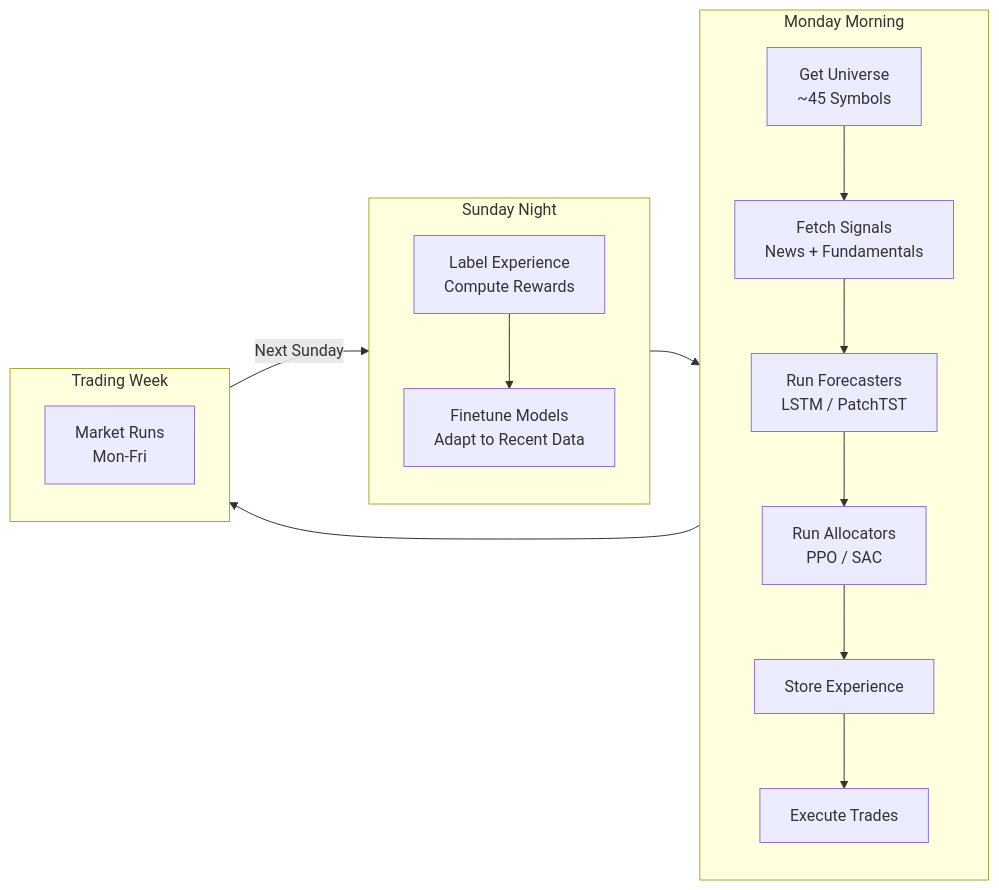
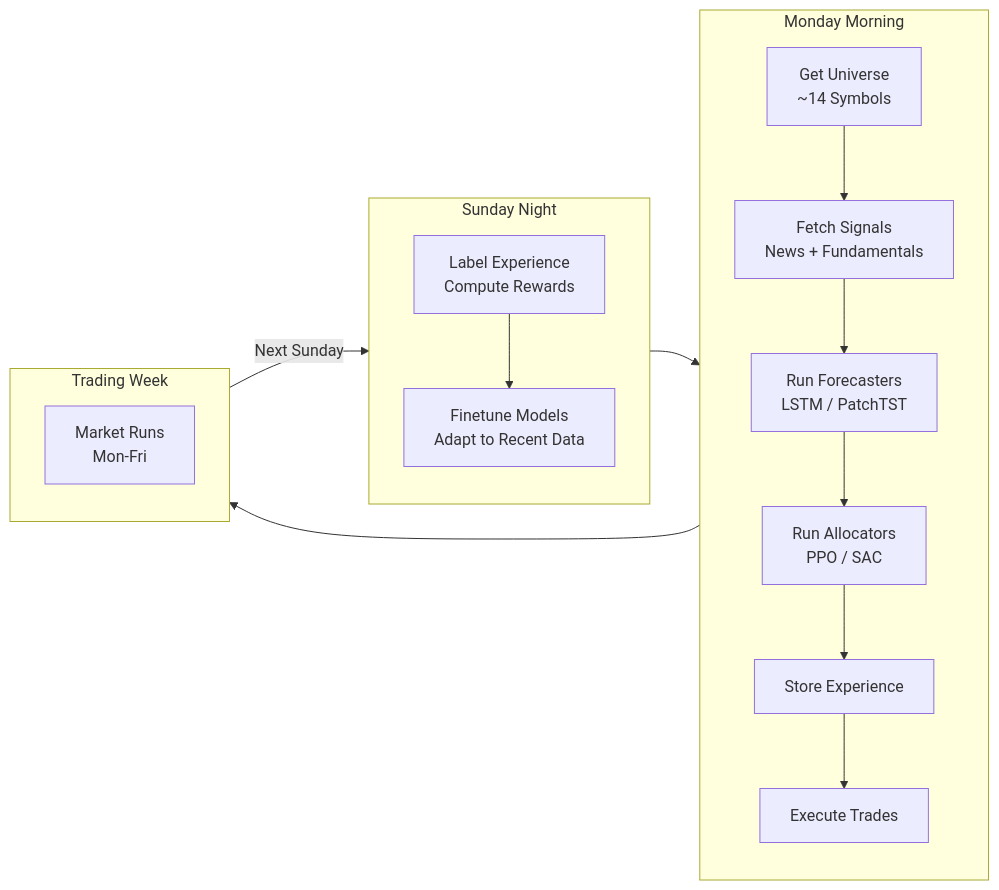
Before and after one commit to hajirazin/LearnFinance-2025: the second of 3 diagrams in brain_api/docs/flow_diagrams/combined.md, drawn with Mermaid. The commit also changed other lines of this file and 21 other files, not shown here.

````diff
--- a/brain_api/docs/flow_diagrams/combined.md
+++ b/brain_api/docs/flow_diagrams/combined.md
@@ -222,26 +222,26 @@
 ```mermaid
 graph LR
     subgraph Sunday [Sunday Night]
         S1["Label Experience<br>Compute Rewards"]
         S2["Finetune Models<br>Adapt to Recent Data"]
         S1 --> S2
     end
 
     subgraph Monday [Monday Morning]
-        M1["Get Universe<br>~45 Symbols"]
+        M1["Get Universe<br>~14 Symbols"]
         M2["Fetch Signals<br>News + Fundamentals"]
         M3["Run Forecasters<br>LSTM / PatchTST"]
         M4["Run Allocators<br>PPO / SAC"]
         M5["Store Experience"]
         M6["Execute Trades"]
         
         M1 --> M2 --> M3 --> M4 --> M5 --> M6
     end
 
     subgraph Week [Trading Week]
         W1["Market Runs<br>Mon-Fri"]
     end
 
     Sunday --> Monday --> Week
     Week -->|Next Sunday| Sunday
 ```
````
